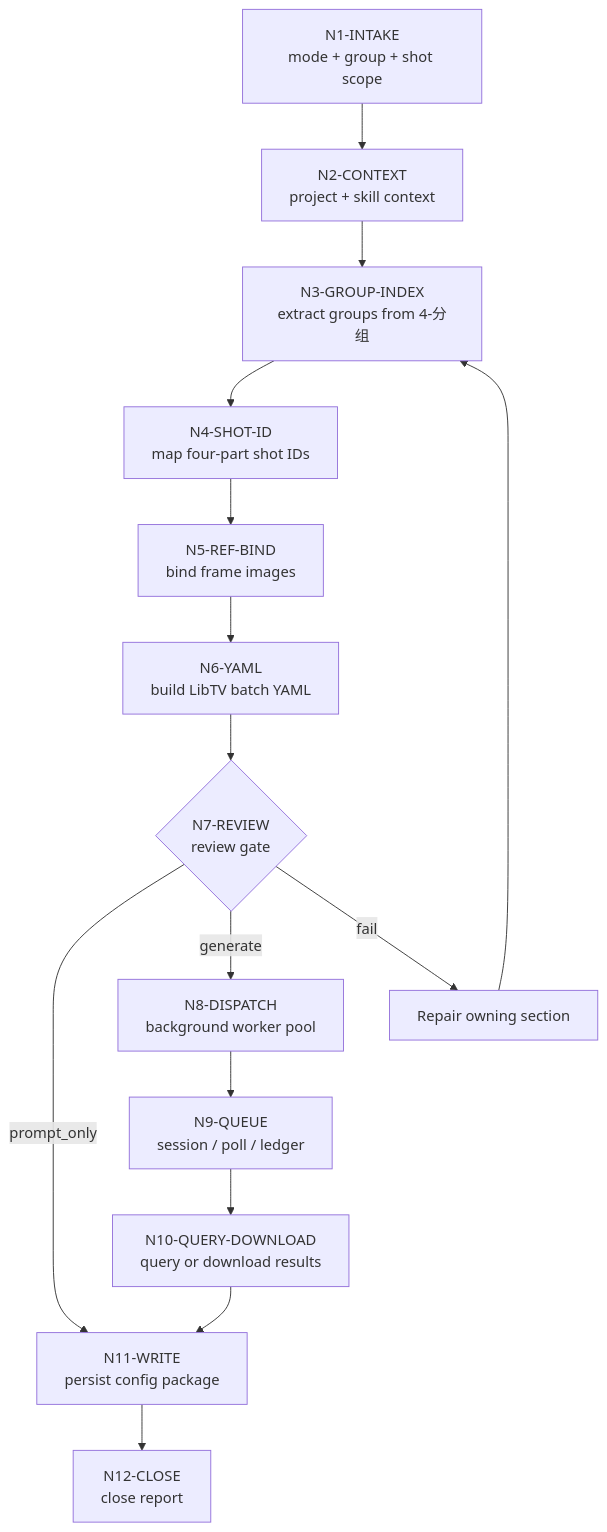
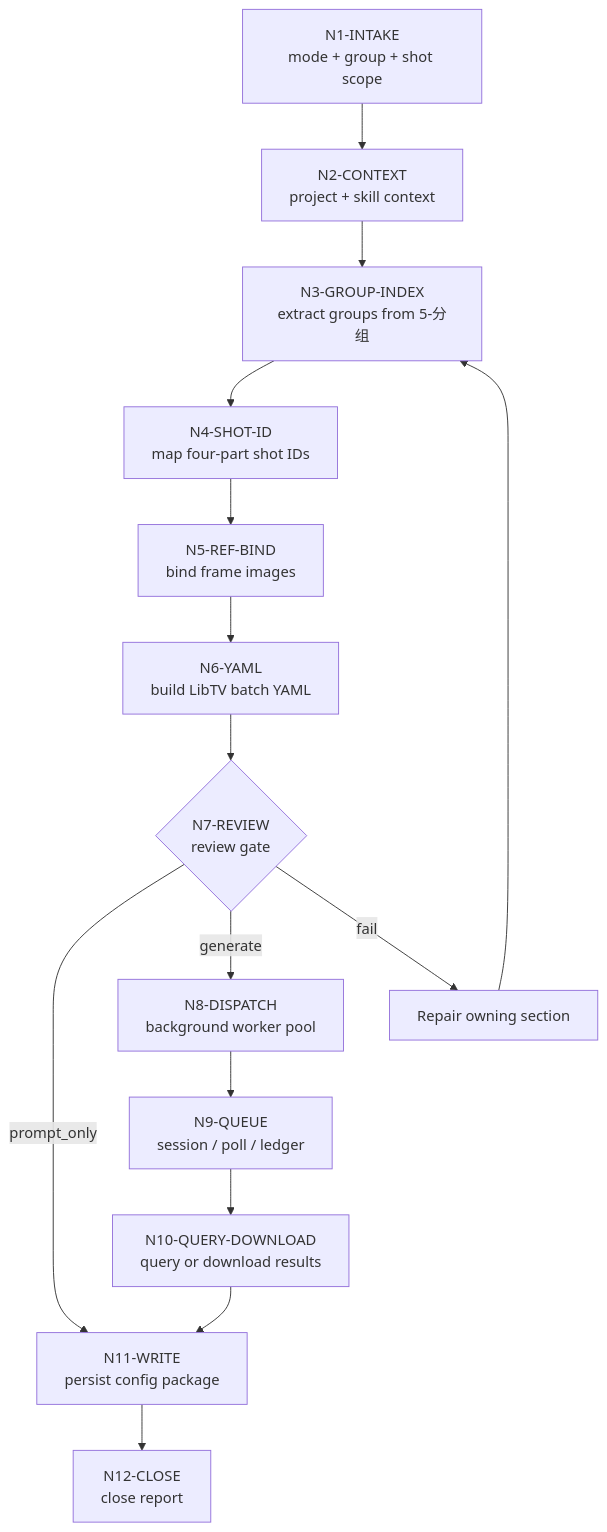
One commit to ZEN-VOID/AI-CUT changed the first of 2 diagrams in .agents/skills/aigc/backup/A-分镜画面参照/steps/frame-reference-video-workflow.md. Above: the diagram before and after it, drawn with Mermaid. The commit also changed other lines of this file and 1070 other files, not shown here.

````diff
--- a/.agents/skills/aigc/backup/A-分镜画面参照/steps/frame-reference-video-workflow.md
+++ b/.agents/skills/aigc/backup/A-分镜画面参照/steps/frame-reference-video-workflow.md
@@ -7,17 +7,17 @@
 ```mermaid
 flowchart TD
     N1["N1-INTAKE<br/>mode + group + shot scope"] --> N2["N2-CONTEXT<br/>project + skill context"]
-    N2 --> N3["N3-GROUP-INDEX<br/>extract groups from 4-分组"]
+    N2 --> N3["N3-GROUP-INDEX<br/>extract groups from 5-分组"]
     N3 --> N4["N4-SHOT-ID<br/>map four-part shot IDs"]
     N4 --> N5["N5-REF-BIND<br/>bind frame images"]
     N5 --> N6["N6-YAML<br/>build LibTV batch YAML"]
     N6 --> N7{"N7-REVIEW<br/>review gate"}
     N7 -->|"prompt_only"| N11["N11-WRITE<br/>persist config package"]
     N7 -->|"generate"| N8["N8-DISPATCH<br/>background worker pool"]
     N8 --> N9["N9-QUEUE<br/>session / poll / ledger"]
     N9 --> N10["N10-QUERY-DOWNLOAD<br/>query or download results"]
     N10 --> N11
     N7 -->|"fail"| R["Repair owning section"]
     R --> N3
     N11 --> N12["N12-CLOSE<br/>close report"]
 ```
````
